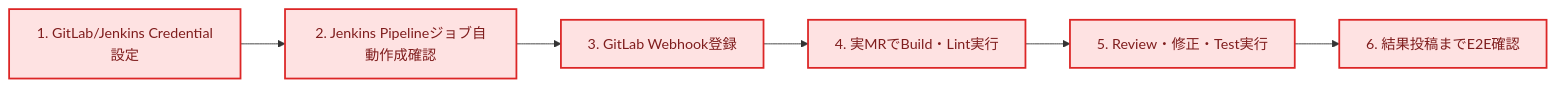
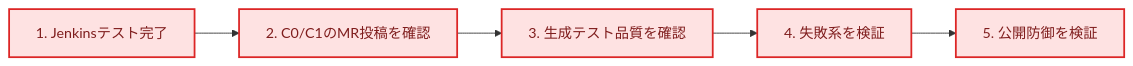
Before and after one commit to yugoueda/AI_Jenkins: the second of 2 diagrams in Doc/進捗_コンポーネント関係図.md, drawn with Mermaid. The commit also changed other lines of this file and 16 other files, not shown here.

Commit message:
fix: streamline approval and test generation flow

````diff
--- a/Doc/進捗_コンポーネント関係図.md
+++ b/Doc/進捗_コンポーネント関係図.md
@@ -83,12 +97,11 @@
 ```mermaid
 flowchart LR
-    A["1. GitLab/Jenkins Credential設定"] -->
-    B["2. Jenkins Pipelineジョブ自動作成確認"] -->
-    C["3. GitLab Webhook登録"] -->
-    D["4. 実MRでBuild・Lint実行"] -->
-    E["5. Review・修正・Test実行"] -->
-    F["6. 結果投稿までE2E確認"]
+    A["1. Jenkinsテスト完了"] -->
+    B["2. C0/C1のMR投稿を確認"] -->
+    C["3. 生成テスト品質を確認"] -->
+    D["4. 失敗系を検証"] -->
+    E["5. 公開防御を検証"]
 
     classDef todo fill:#fee2e2,stroke:#dc2626,color:#7f1d1d,stroke-width:2px;
-    class A,B,C,D,E,F todo;
+    class A,B,C,D,E todo;
 ```
````
